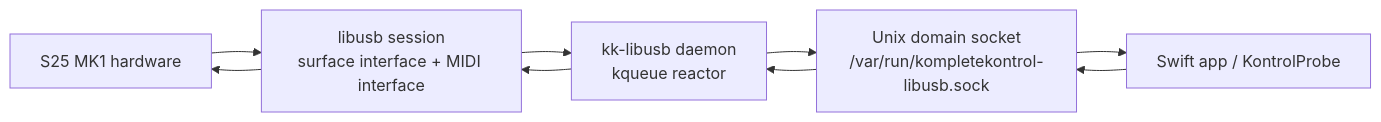
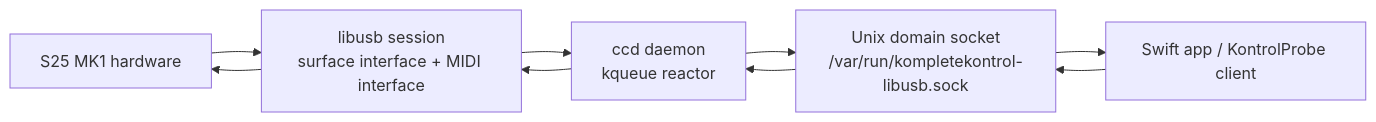
One commit to mickeyl/CompleteControl changed the diagram in README.md. Above: the diagram before and after it, drawn with Mermaid. The commit also changed other lines of this file and 11 other files, not shown here.

````diff
--- a/README.md
+++ b/README.md
@@ -296,17 +317,17 @@
 ```mermaid
 flowchart LR
     HW["S25 MK1 hardware"]
     USB["libusb session<br/>surface interface + MIDI interface"]
-    D["kk-libusb daemon<br/>kqueue reactor"]
+    D["ccd daemon<br/>kqueue reactor"]
     SOCK["Unix domain socket<br/>/var/run/kompletekontrol-libusb.sock"]
-    APP["Swift app / KontrolProbe"]
+    APP["Swift app / KontrolProbe client"]
 
     HW --> USB
     USB --> D
     D --> SOCK
     SOCK --> APP
     APP --> SOCK
     SOCK --> D
     D --> USB
     USB --> HW
 ```
````
